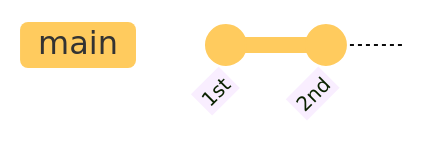
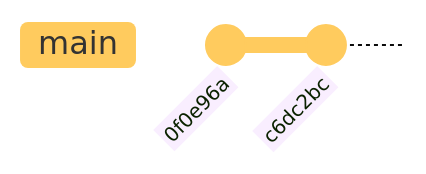
Before and after one commit to umr-marbec/git-training: the sixth of 16 diagrams in slides-git-quarto/slides-training.qmd, drawn with Mermaid. The commit also changed other lines of this file and 2 other files, not shown here.

````diff
--- a/slides-git-quarto/slides-training.qmd
+++ b/slides-git-quarto/slides-training.qmd
@@ -228,8 +220,8 @@
 ```{mermaid}
 %%| fig-width: 10
 %%| fig-height: 1
 %%{init: { 'logLevel': 'debug', 'theme': 'base', 'gitGraph': {'rotateCommitLabel': true}}}%%
 gitGraph
-    commit id: "1st"
-    commit id: "2nd"
+    commit id: "0f0e96a"
+    commit id: "c6dc2bc"
 ```
````
